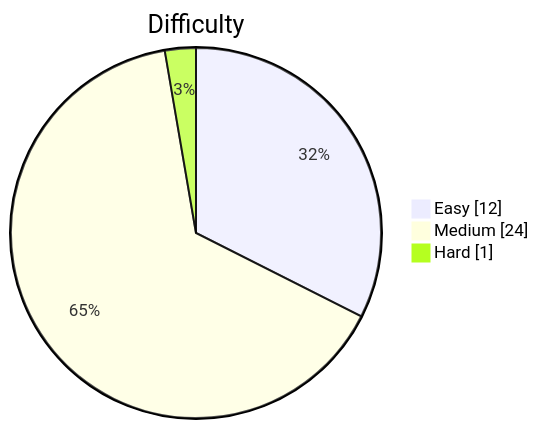
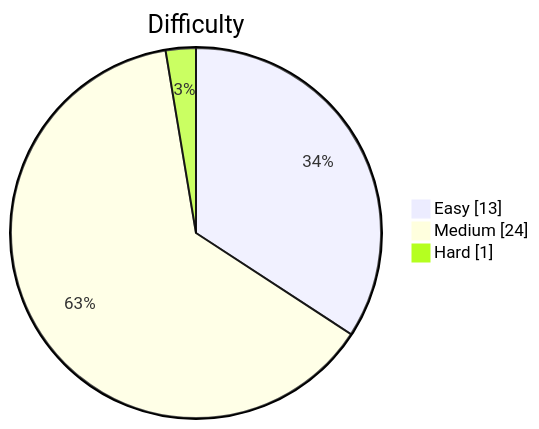
Before and after one commit to kevstevie/python-algo-practice: the diagram in README.md, drawn with Mermaid. The commit also changed other lines of this file, not shown here.

````diff
--- a/README.md
+++ b/README.md
@@ -13,7 +13,7 @@
 ```mermaid
 pie showData
     title Difficulty
-    "Easy"   : 12
+    "Easy"   : 13
     "Medium" : 24
     "Hard"   : 1
 ```
````
